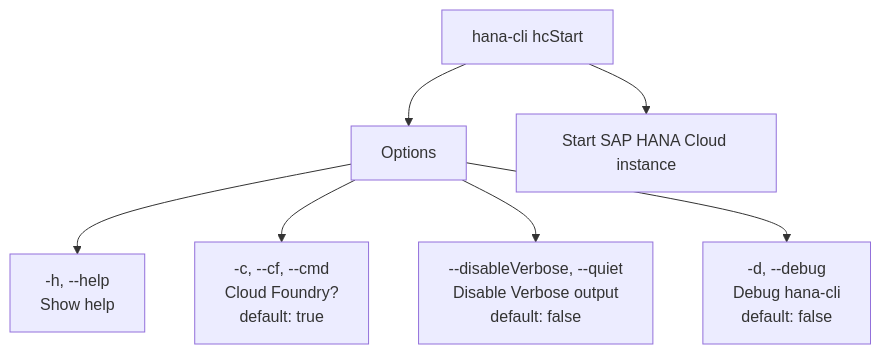
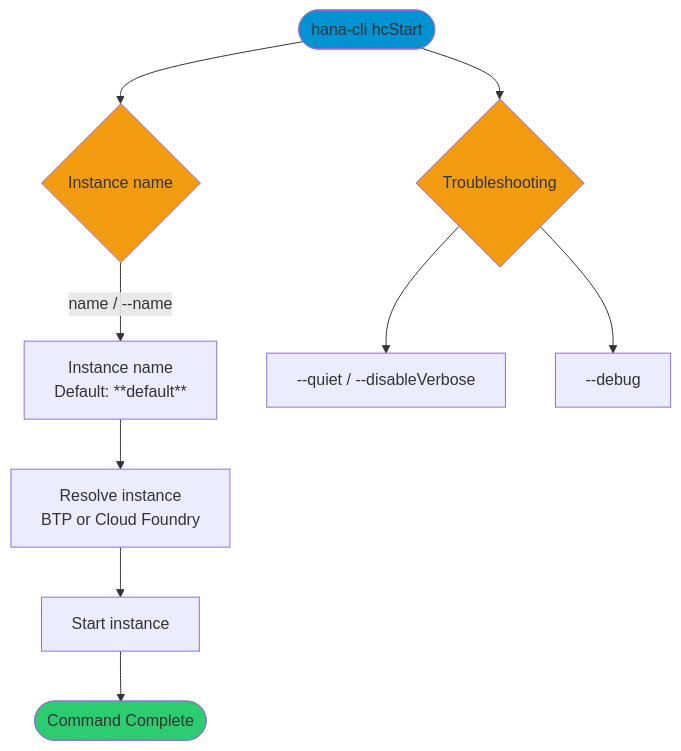
The diagram in docs/02-commands/hana-cloud/hana-cloud-start.md (SAP-samples/hana-developer-cli-tool-example), drawn with Mermaid before and after one commit. The commit also changed other lines of this file and 8 other files, not shown here.

Commit message:
feat: enhance documentation for HANA Cloud commands with improved clarity and consistency

````diff
--- a/docs/02-commands/hana-cloud/hana-cloud-start.md
+++ b/docs/02-commands/hana-cloud/hana-cloud-start.md
@@ -25,9 +25,16 @@
 ```mermaid
 graph TD
-    A["hana-cli hcStart"] --> B["Options"]
-    B --> C["-h, --help<br/>Show help"]
-    B --> D["-c, --cf, --cmd<br/>Cloud Foundry?<br/>default: true"]
-    B --> E["--disableVerbose, --quiet<br/>Disable Verbose output<br/>default: false"]
-    B --> F["-d, --debug<br/>Debug hana-cli<br/>default: false"]
-    A --> G["Start SAP HANA Cloud instance"]
+    Start([hana-cli hcStart]) --> Input{Instance name}
+    Input -->|name / --name| Name["Instance name<br/>Default: **default**"]
+    Name --> Resolve["Resolve instance<br/>BTP or Cloud Foundry"]
+    Resolve --> Action["Start instance"]
+    Start --> Options{Troubleshooting}
+    Options --> Quiet["--quiet / --disableVerbose"]
+    Options --> Debug["--debug"]
+    Action --> Complete([Command Complete])
+
+    style Start fill:#0092d1
+    style Complete fill:#2ecc71
+    style Input fill:#f39c12
+    style Options fill:#f39c12
 ```
````
